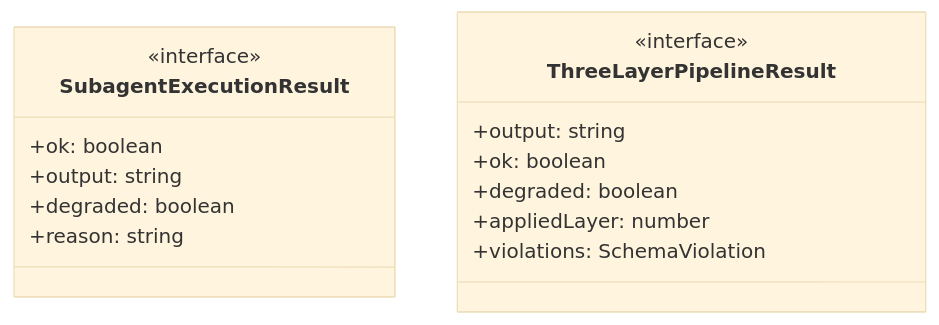
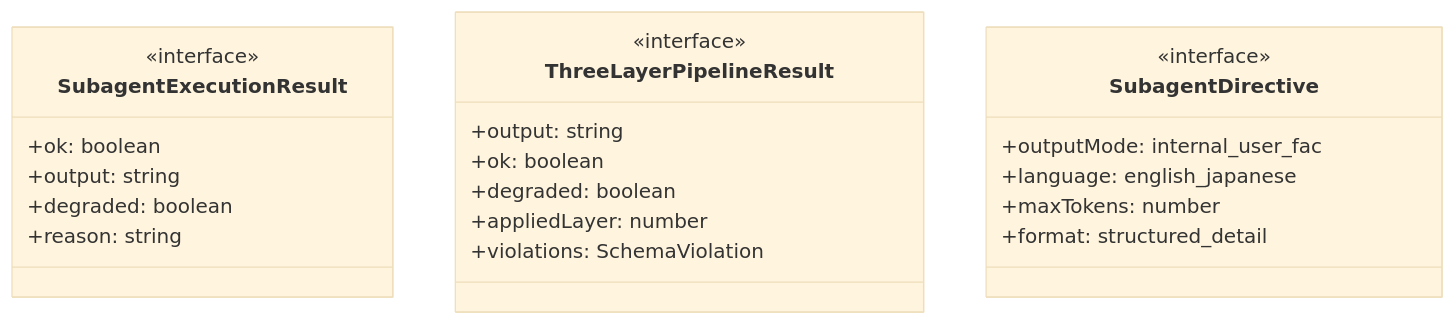
One commit to Mekann2904/mekann changed the first of 4 diagrams in ABDD/.pi/extensions/subagents/task-execution.md. Above: the diagram before and after it, drawn with Mermaid (base theme). The commit also changed other lines of this file and 257 other files, not shown here.

````diff
--- a/ABDD/.pi/extensions/subagents/task-execution.md
+++ b/ABDD/.pi/extensions/subagents/task-execution.md
@@ -52,18 +54,25 @@
 ```mermaid
 classDiagram
   class SubagentExecutionResult {
     <<interface>>
     +ok: boolean
     +output: string
     +degraded: boolean
     +reason: string
   }
   class ThreeLayerPipelineResult {
     <<interface>>
     +output: string
     +ok: boolean
     +degraded: boolean
     +appliedLayer: number
     +violations: SchemaViolation
   }
+  class SubagentDirective {
+    <<interface>>
+    +outputMode: internal_user_fac
+    +language: english_japanese
+    +maxTokens: number
+    +format: structured_detail
+  }
 ```
````
